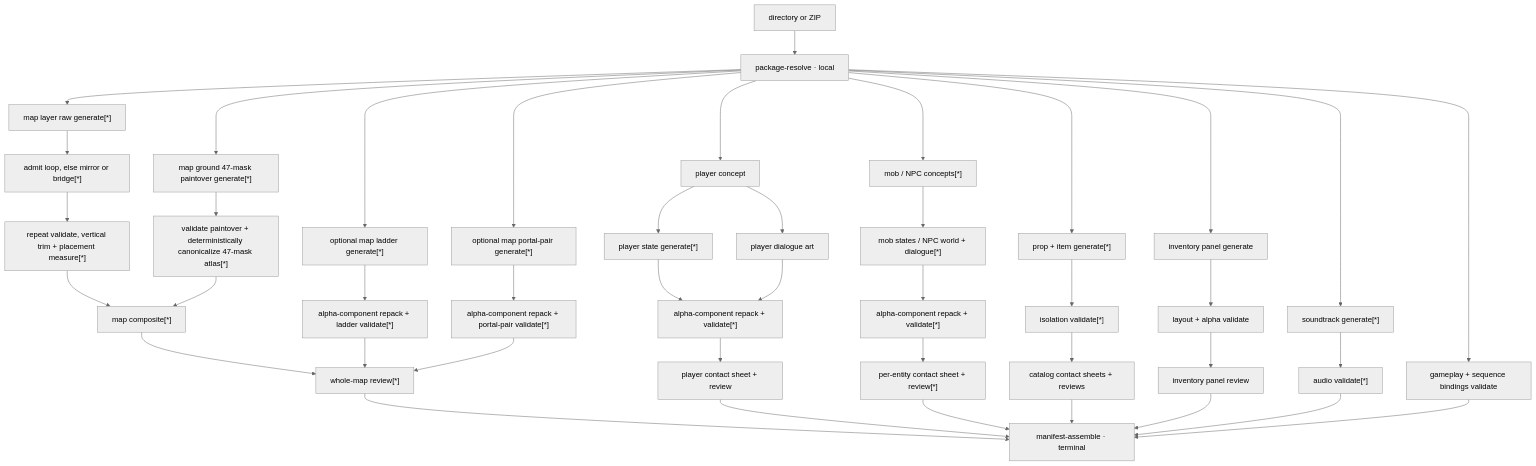
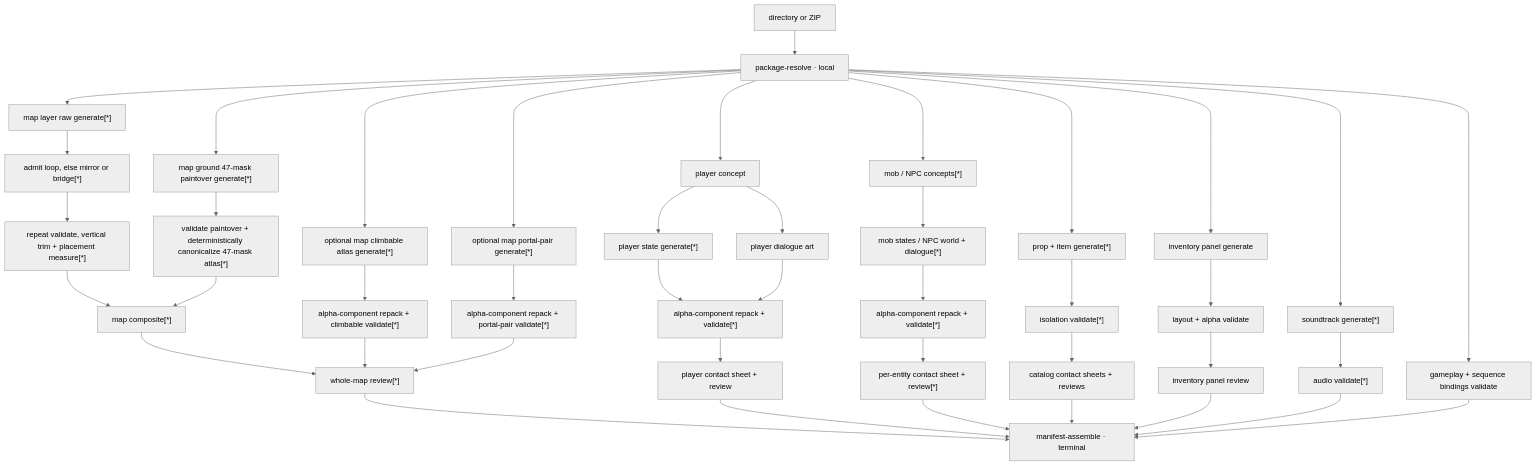
Before and after one commit to softmarshmallow/stage-gen: the diagram in docs/spec/game/generation-pipeline.md, drawn with Mermaid (neutral theme). The commit also changed other lines of this file and 52 other files, not shown here.

First line of the commit message:
feat: Introduce climbable atlas system with support for ladders and ropes

````diff
--- a/docs/spec/game/generation-pipeline.md
+++ b/docs/spec/game/generation-pipeline.md
@@ -39,51 +39,51 @@
 ```mermaid
 flowchart TD
     PKG["directory or ZIP"] --> PR["package-resolve · local"]
 
     PR --> ML["map layer raw generate[*]"]
     PR --> MG["map ground 47-mask paintover generate[*]"]
     ML --> MLC["admit loop, else mirror or bridge[*]"]
     MLC --> MLV["repeat validate, vertical trim + placement measure[*]"]
     MG --> MGV["validate paintover + deterministically canonicalize 47-mask atlas[*]"]
-    PR --> LG["optional map ladder generate[*]"]
+    PR --> LG["optional map climbable atlas generate[*]"]
     PR --> PG["optional map portal-pair generate[*]"]
     MLV --> MC["map composite[*]"]
     MGV --> MC
-    LG --> LGV["alpha-component repack + ladder validate[*]"]
+    LG --> LGV["alpha-component repack + climbable validate[*]"]
     PG --> PGV["alpha-component repack + portal-pair validate[*]"]
     MC --> MR["whole-map review[*]"]
     LGV --> MR
     PGV --> MR
 
     PR --> PC["player concept"]
     PC --> PS["player state generate[*]"]
     PC --> PD["player dialogue art"]
     PS --> PV["alpha-component repack + validate[*]"]
     PD --> PV
     PV --> PCR["player contact sheet + review"]
 
     PR --> XC["mob / NPC concepts[*]"]
     XC --> XS["mob states / NPC world + dialogue[*]"]
     XS --> XV["alpha-component repack + validate[*]"]
     XV --> XR["per-entity contact sheet + review[*]"]
 
     PR --> PI["prop + item generate[*]"]
     PI --> PIV["isolation validate[*]"]
     PIV --> PIR["catalog contact sheets + reviews"]
 
     PR --> UI["inventory panel generate"]
     UI --> UIV["layout + alpha validate"]
     UIV --> UIR["inventory panel review"]
 
     PR --> ST["soundtrack generate[*]"]
     ST --> STV["audio validate[*]"]
     PR --> GB["gameplay + sequence bindings validate"]
 
     MR --> MF["manifest-assemble · terminal"]
     PCR --> MF
     XR --> MF
     PIR --> MF
     UIR --> MF
     STV --> MF
     GB --> MF
 ```
````
